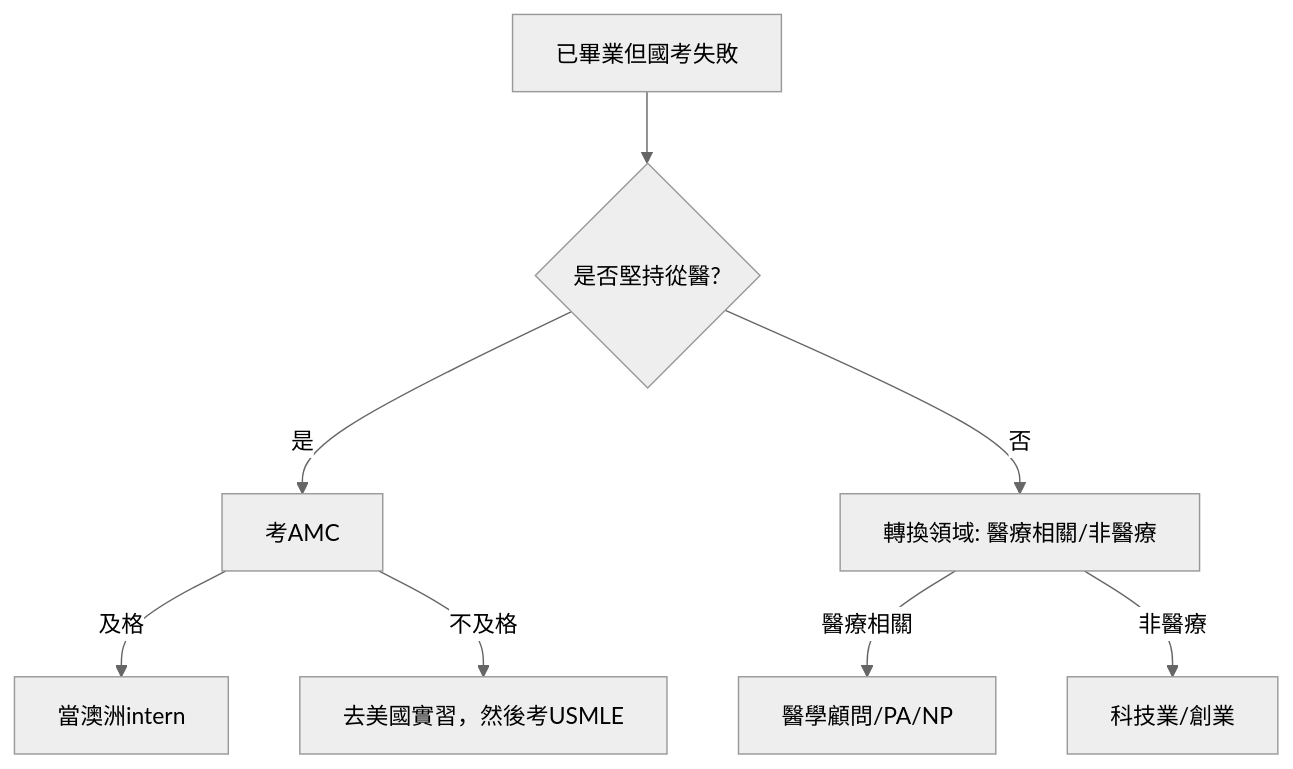
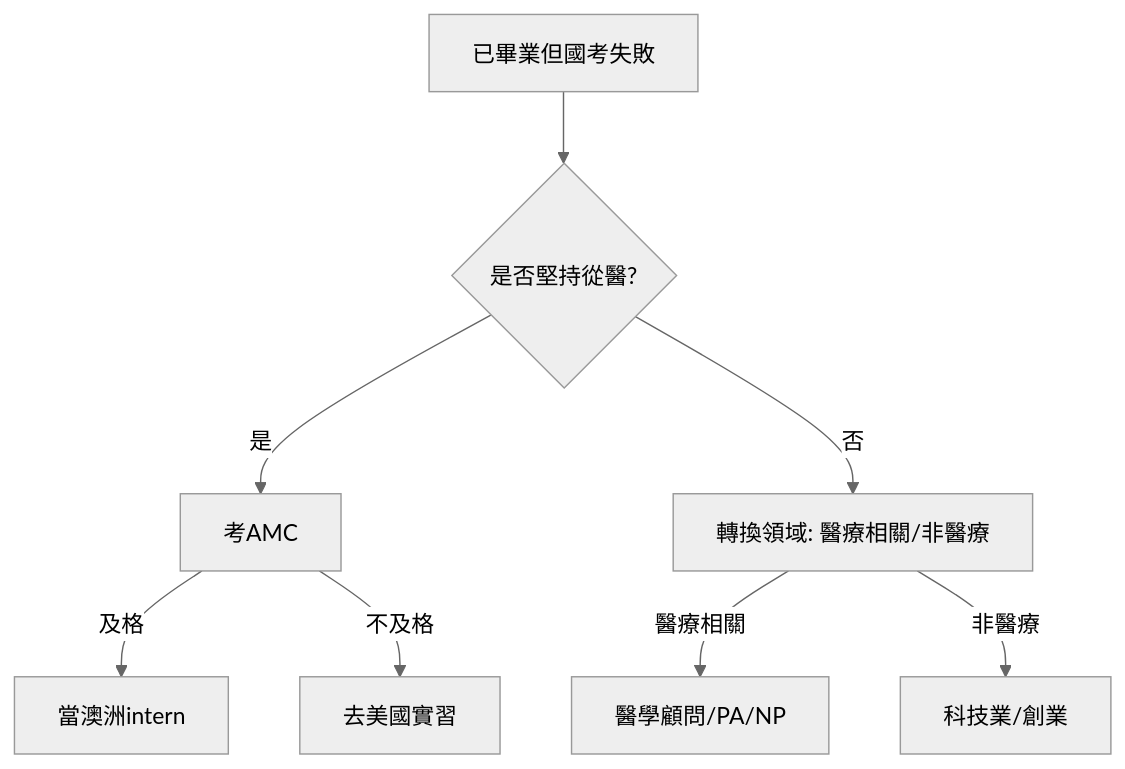
One commit to BruceChen034020/2025TWMLE changed the third of 3 diagrams in README.md. Above: the diagram before and after it, drawn with Mermaid (neutral theme). The commit also changed other lines of this file, not shown here.

```diff
--- a/README.md
+++ b/README.md
@@ -927,10 +927,10 @@
 <div class='mermaid'>
 graph TD;
 A[已畢業但國考失敗] --> B{是否堅持從醫?}
 B -->|是| C[考AMC]
 C -->|及格| D[當澳洲intern]
-    C -->|不及格| E[去美國實習，然後考USMLE]
-    B -->|否| F[轉換領域: 醫療相關/非醫療]
-    F -->|醫療相關| G[醫學顧問/PA/NP]
-    F -->|非醫療| H[科技業/創業]
+C -->|不及格| E[去美國實習]
+B -->|否| F[轉換領域: 醫療相關/非醫療]
+F -->|醫療相關| G[醫學顧問/PA/NP]
+F -->|非醫療| H[科技業/創業]
 </div>
```
